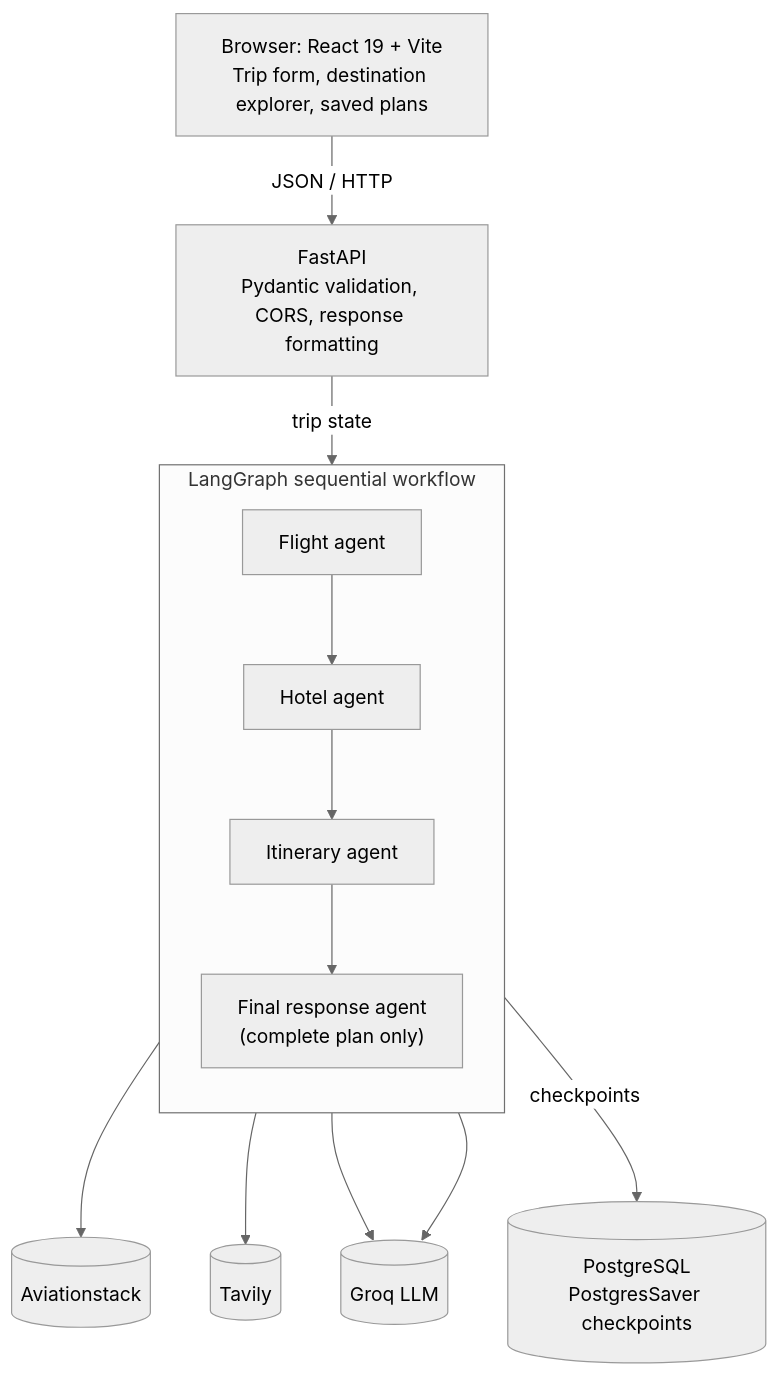
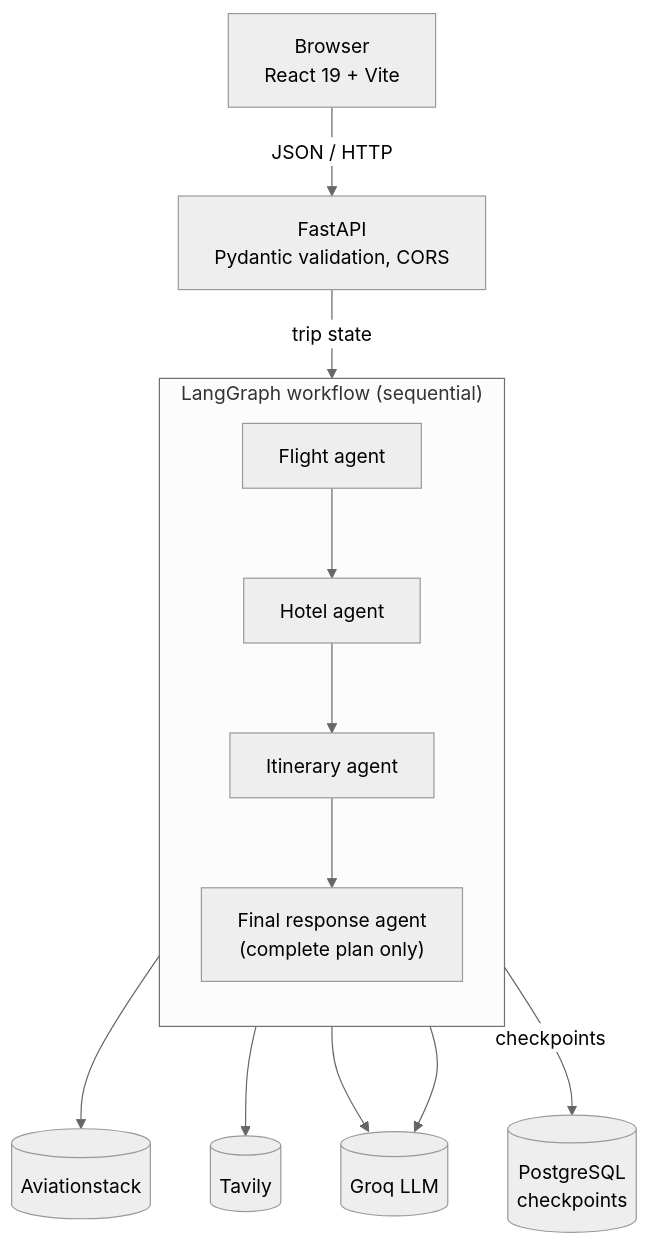
One commit to Samiksha3012/Elsewhere-Multi-Agent-AI-Travel-Planner changed the diagram in README.md. Above: the diagram before and after it, drawn with Mermaid (neutral theme). The commit also changed other lines of this file, not shown here.

````diff
--- a/README.md
+++ b/README.md
@@ -94,25 +50,25 @@
 ```mermaid
 flowchart TD
-    A["Browser: React 19 + Vite<br/>Trip form, destination explorer, saved plans"]
-    B["FastAPI<br/>Pydantic validation, CORS, response formatting"]
-    subgraph G["LangGraph sequential workflow"]
+    A["Browser<br/>React 19 + Vite"]
+    B["FastAPI<br/>Pydantic validation, CORS"]
+    subgraph G["LangGraph workflow (sequential)"]
         direction TB
         F["Flight agent"]
         H["Hotel agent"]
         I["Itinerary agent"]
         R["Final response agent<br/>(complete plan only)"]
         F --> H --> I --> R
     end
     AV[("Aviationstack")]
     TV[("Tavily")]
     GQ[("Groq LLM")]
-    PG[("PostgreSQL<br/>PostgresSaver checkpoints")]
+    PG[("PostgreSQL<br/>checkpoints")]
 
     A -- "JSON / HTTP" --> B
     B -- "trip state" --> G
     F --> AV
     H --> TV
     I --> GQ
     R --> GQ
     G -- "checkpoints" --> PG
 ```
````
